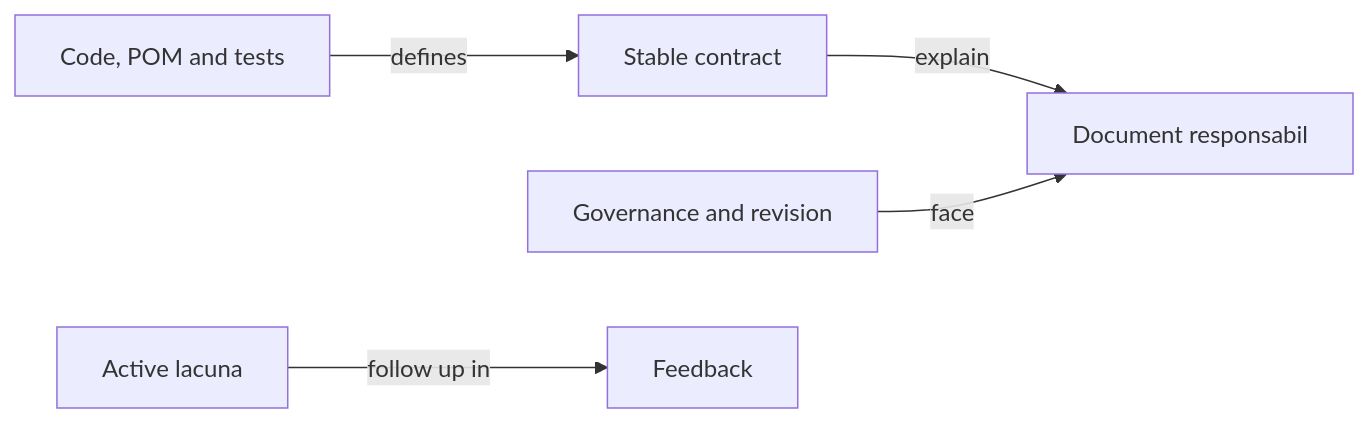
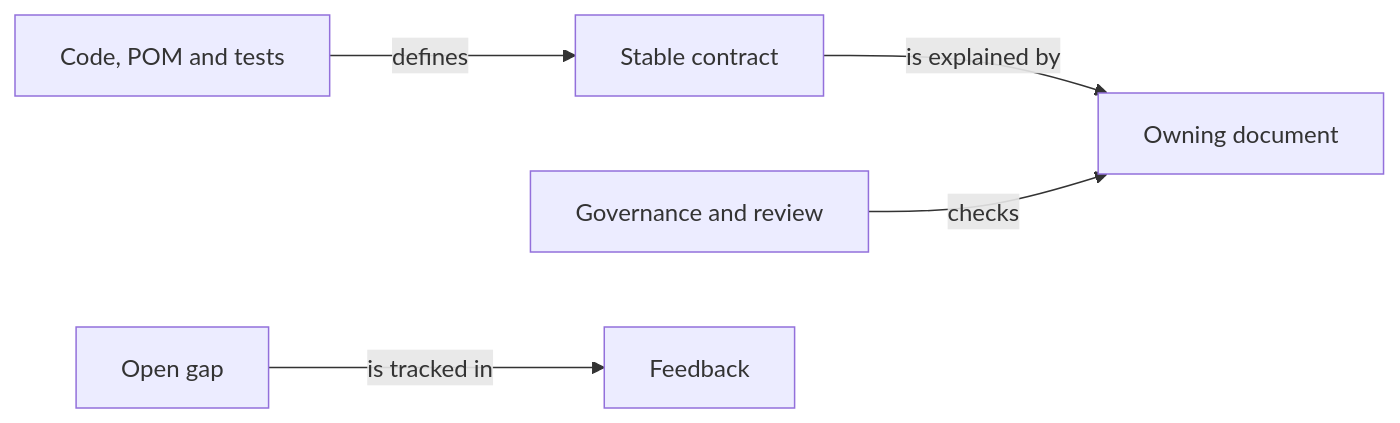
Before and after one commit to crististefanita/atf_j4: the diagram in docs/governance/ATF_Documentation.md, drawn with Mermaid. The commit also changed other lines of this file and 126 other files, not shown here.

````diff
--- a/docs/governance/ATF_Documentation.md
+++ b/docs/governance/ATF_Documentation.md
@@ -9,7 +9,7 @@
 ```mermaid
 flowchart LR
     SOURCE[Code, POM and tests] -->|defines| CONTRACT[Stable contract]
-    CONTRACT -->|explain| DOC[Document responsabil]
-    CHECK[Governance and revision] -->|face| DOC
-    GAP[Active lacuna] -->|follow up in| FEEDBACK[Feedback]
+    CONTRACT -->|is explained by| DOC[Owning document]
+    CHECK[Governance and review] -->|checks| DOC
+    GAP[Open gap] -->|is tracked in| FEEDBACK[Feedback]
 ```
````
